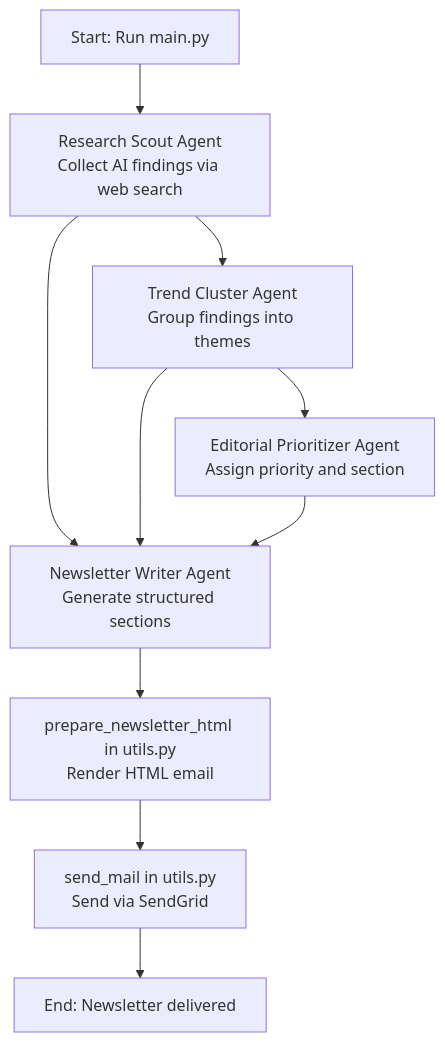
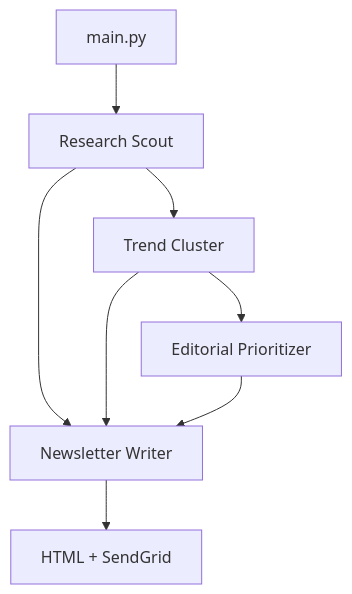
One commit to ed-donner/agents changed the diagram in 2_openai/community_contributions/ayan-ai-insights-newsletter/README.md. Above: the diagram before and after it, drawn with Mermaid. The commit also changed other lines of this file, not shown here.

````diff
--- a/2_openai/community_contributions/ayan-ai-insights-newsletter/README.md
+++ b/2_openai/community_contributions/ayan-ai-insights-newsletter/README.md
@@ -26,12 +7,10 @@
 ```mermaid
 flowchart TD
-    A[Start: Run main.py] --> B[Research Scout Agent<br/>Collect AI findings via web search]
-    B --> C[Trend Cluster Agent<br/>Group findings into themes]
-    C --> D[Editorial Prioritizer Agent<br/>Assign priority and section]
-    B --> E[Newsletter Writer Agent<br/>Generate structured sections]
+    A[main.py] --> B[Research Scout]
+    B --> C[Trend Cluster]
+    C --> D[Editorial Prioritizer]
+    B --> E[Newsletter Writer]
     C --> E
     D --> E
-    E --> F[prepare_newsletter_html in utils.py<br/>Render HTML email]
-    F --> G[send_mail in utils.py<br/>Send via SendGrid]
-    G --> H[End: Newsletter delivered]
+    E --> F[HTML + SendGrid]
 ```
````
